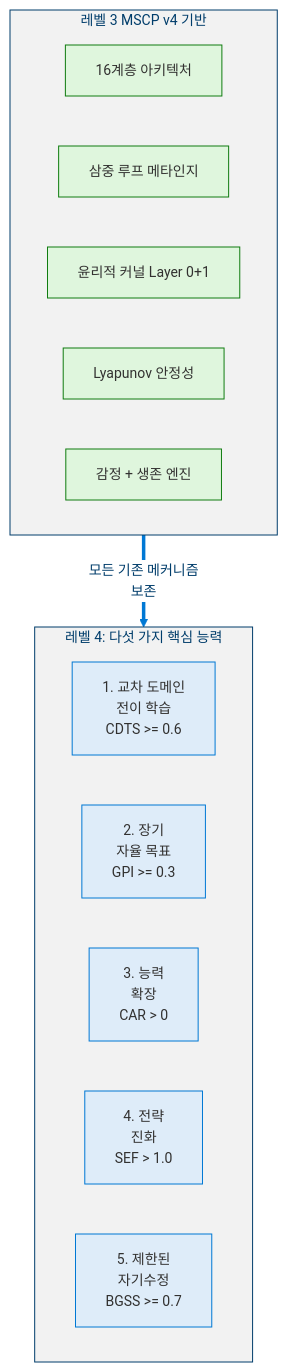
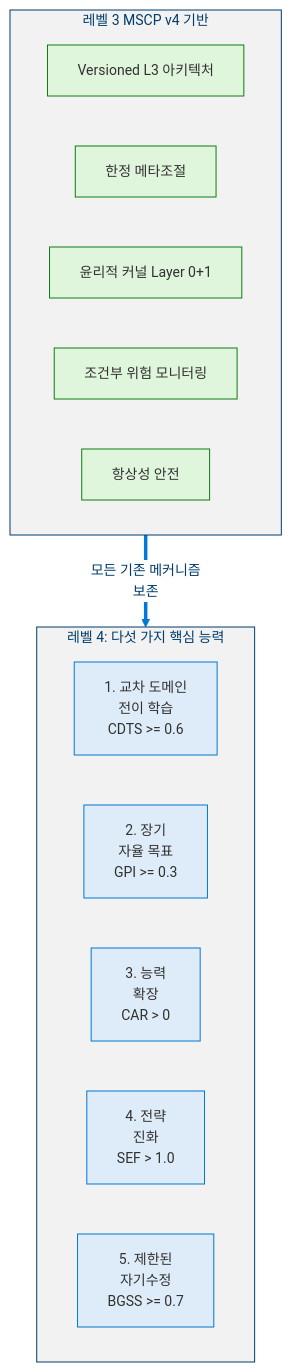
One commit to dotnetpower/mscp changed the first of 14 diagrams in docs/levels/Level_4_Adaptive_General_Agent.ko.md. Above: the diagram before and after it, drawn with Mermaid. The commit also changed other lines of this file and 21 other files, not shown here.

````diff
--- a/docs/levels/Level_4_Adaptive_General_Agent.ko.md
+++ b/docs/levels/Level_4_Adaptive_General_Agent.ko.md
@@ -54,24 +63,24 @@
 ```mermaid
 %%{init: {'theme': 'base', 'themeVariables': {'primaryColor': '#0078D4', 'primaryTextColor': '#003D6B', 'primaryBorderColor': '#003D6B', 'secondaryColor': '#50E6FF', 'secondaryTextColor': '#323130', 'secondaryBorderColor': '#00BCF2', 'tertiaryColor': '#F2F2F2', 'tertiaryTextColor': '#323130', 'lineColor': '#0078D4', 'textColor': '#323130', 'mainBkg': '#DEECF9', 'nodeBorder': '#0078D4', 'clusterBkg': '#F2F2F2', 'clusterBorder': '#003D6B', 'titleColor': '#003D6B', 'edgeLabelBackground': '#FFFFFF', 'fontSize': '14px'}}}%%
 flowchart TD
   classDef cap fill:#DEECF9,stroke:#0078D4,color:#323130
   classDef foundation fill:#DFF6DD,stroke:#107C10,color:#323130
 
   subgraph L4Caps["레벨 4: 다섯 가지 핵심 능력"]
     C1["1. 교차 도메인<br/>전이 학습<br/>CDTS >= 0.6"]:::cap
     C2["2. 장기<br/>자율 목표<br/>GPI >= 0.3"]:::cap
     C3["3. 능력<br/>확장<br/>CAR > 0"]:::cap
     C4["4. 전략<br/>진화<br/>SEF > 1.0"]:::cap
     C5["5. 제한된<br/>자기수정<br/>BGSS >= 0.7"]:::cap
   end
 
   subgraph Foundation["레벨 3 MSCP v4 기반"]
-    F1["16계층 아키텍처"]:::foundation
-    F2["삼중 루프 메타인지"]:::foundation
+    F1["Versioned L3 아키텍처"]:::foundation
+    F2["한정 메타조절"]:::foundation
     F3["윤리적 커널 Layer 0+1"]:::foundation
-    F4["Lyapunov 안정성"]:::foundation
-    F5["감정 + 생존 엔진"]:::foundation
+    F4["조건부 위험 모니터링"]:::foundation
+    F5["항상성 안전"]:::foundation
   end
 
   Foundation ==>|"모든 기존 메커니즘<br/>보존"| L4Caps
 ```
````
